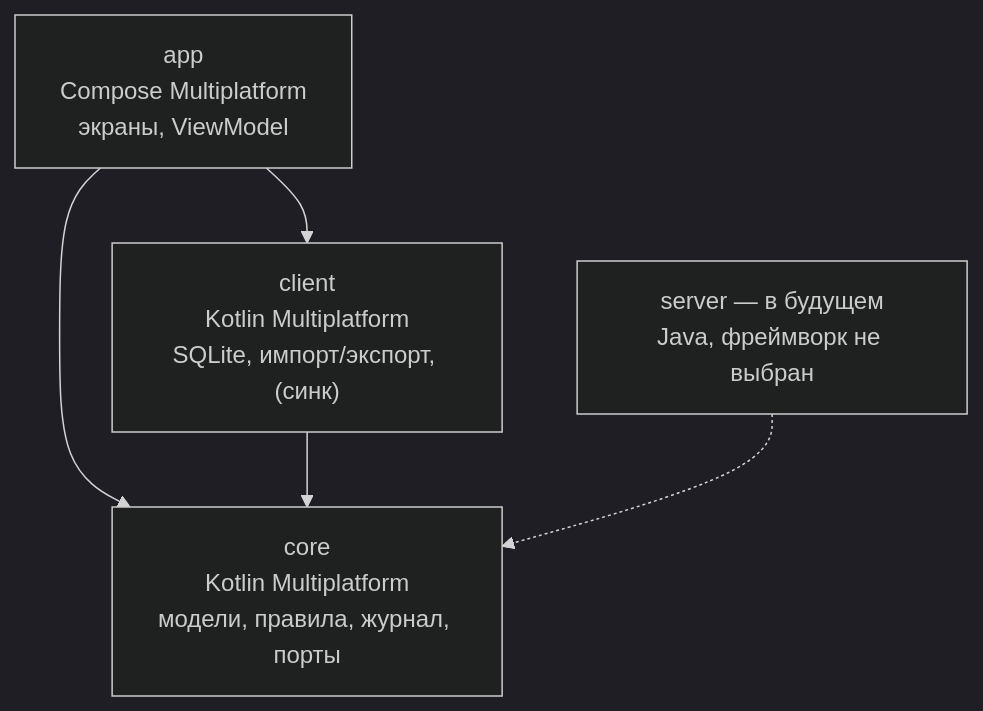
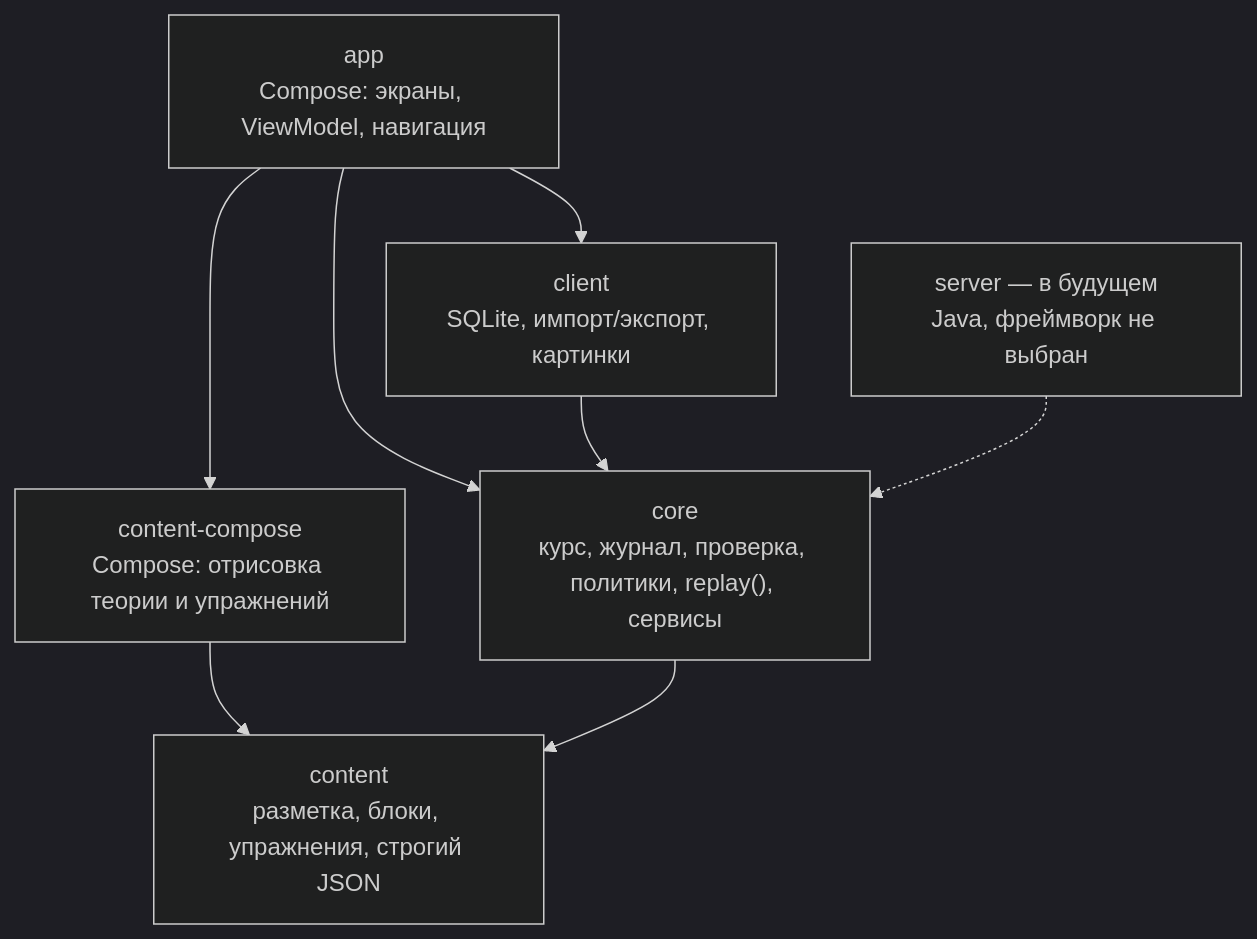
Before and after one commit to pyatkinmv/polylingy: the first of 2 diagrams in docs/architecture.md, drawn with Mermaid (dark theme). The commit also changed other lines of this file and 11 other files, not shown here.

````diff
--- a/docs/architecture.md
+++ b/docs/architecture.md
@@ -29,12 +44,17 @@
 ```mermaid
 flowchart TD
-    app["app<br/>Compose Multiplatform<br/>экраны, ViewModel"]
-    client["client<br/>Kotlin Multiplatform<br/>SQLite, импорт/экспорт, (синк)"]
-    core["core<br/>Kotlin Multiplatform<br/>модели, правила, журнал, порты"]
+    app["app<br/>Compose: экраны, ViewModel, навигация"]
+    cc["content-compose<br/>Compose: отрисовка теории и упражнений"]
+    client["client<br/>SQLite, импорт/экспорт, картинки"]
+    core["core<br/>курс, журнал, проверка, политики, replay(), сервисы"]
+    content["content<br/>разметка, блоки, упражнения, строгий JSON"]
     server["server — в будущем<br/>Java, фреймворк не выбран"]
 
+    app --> cc
     app --> client
     app --> core
+    cc --> content
     client --> core
+    core --> content
     server -.-> core
 ```
````
